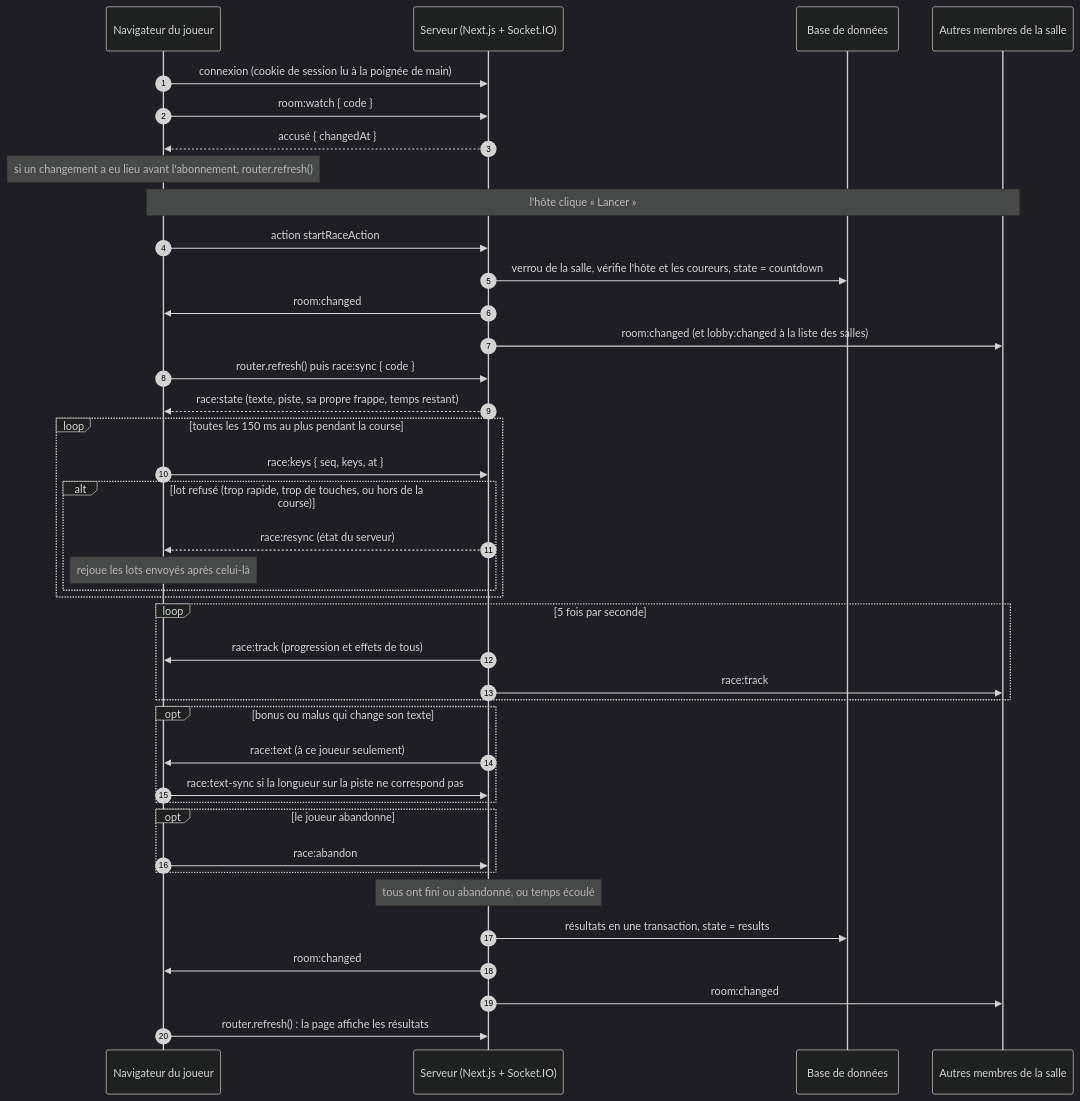
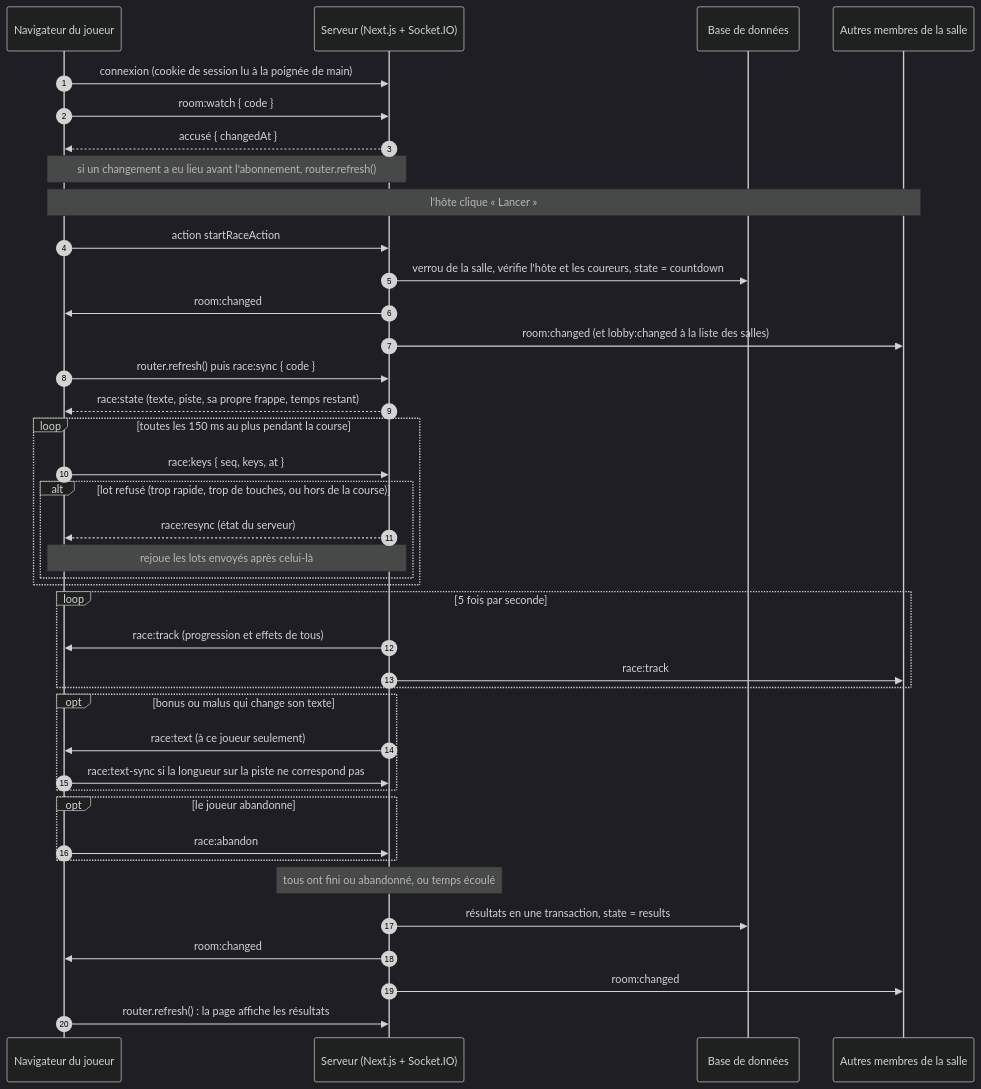
The third of 3 diagrams in docs/ARCHITECTURE.md (Onyyx256/typeracer), drawn with Mermaid (dark theme) before and after one commit.

Commit message:
docs: widen two notes in the message flow diagram
Rendered with Mermaid 11, the two notes over the browser alone ran past
the diagram's left edge and were cut. They now span the browser and the
server.

````diff
--- a/docs/ARCHITECTURE.md
+++ b/docs/ARCHITECTURE.md
@@ -275,46 +275,46 @@
 ```mermaid
 sequenceDiagram
     autonumber
     participant N as Navigateur du joueur
     participant S as Serveur (Next.js + Socket.IO)
     participant B as Base de données
     participant A as Autres membres de la salle
 
     N->>S: connexion (cookie de session lu à la poignée de main)
     N->>S: room:watch { code }
     S-->>N: accusé { changedAt }
-    Note over N: si un changement a eu lieu avant l'abonnement, router.refresh()
+    Note over N,S: si un changement a eu lieu avant l'abonnement, router.refresh()
 
     Note over N,A: l'hôte clique « Lancer »
     N->>S: action startRaceAction
     S->>B: verrou de la salle, vérifie l'hôte et les coureurs, state = countdown
     S->>N: room:changed
     S->>A: room:changed (et lobby:changed à la liste des salles)
     N->>S: router.refresh() puis race:sync { code }
     S-->>N: race:state (texte, piste, sa propre frappe, temps restant)
 
     loop toutes les 150 ms au plus pendant la course
         N->>S: race:keys { seq, keys, at }
         alt lot refusé (trop rapide, trop de touches, ou hors de la course)
             S-->>N: race:resync (état du serveur)
-            Note over N: rejoue les lots envoyés après celui-là
+            Note over N,S: rejoue les lots envoyés après celui-là
         end
     end
     loop 5 fois par seconde
         S->>N: race:track (progression et effets de tous)
         S->>A: race:track
     end
     opt bonus ou malus qui change son texte
         S->>N: race:text (à ce joueur seulement)
         N->>S: race:text-sync si la longueur sur la piste ne correspond pas
     end
     opt le joueur abandonne
         N->>S: race:abandon
     end
 
     Note over S: tous ont fini ou abandonné, ou temps écoulé
     S->>B: résultats en une transaction, state = results
     S->>N: room:changed
     S->>A: room:changed
     N->>S: router.refresh() : la page affiche les résultats
 ```
````
